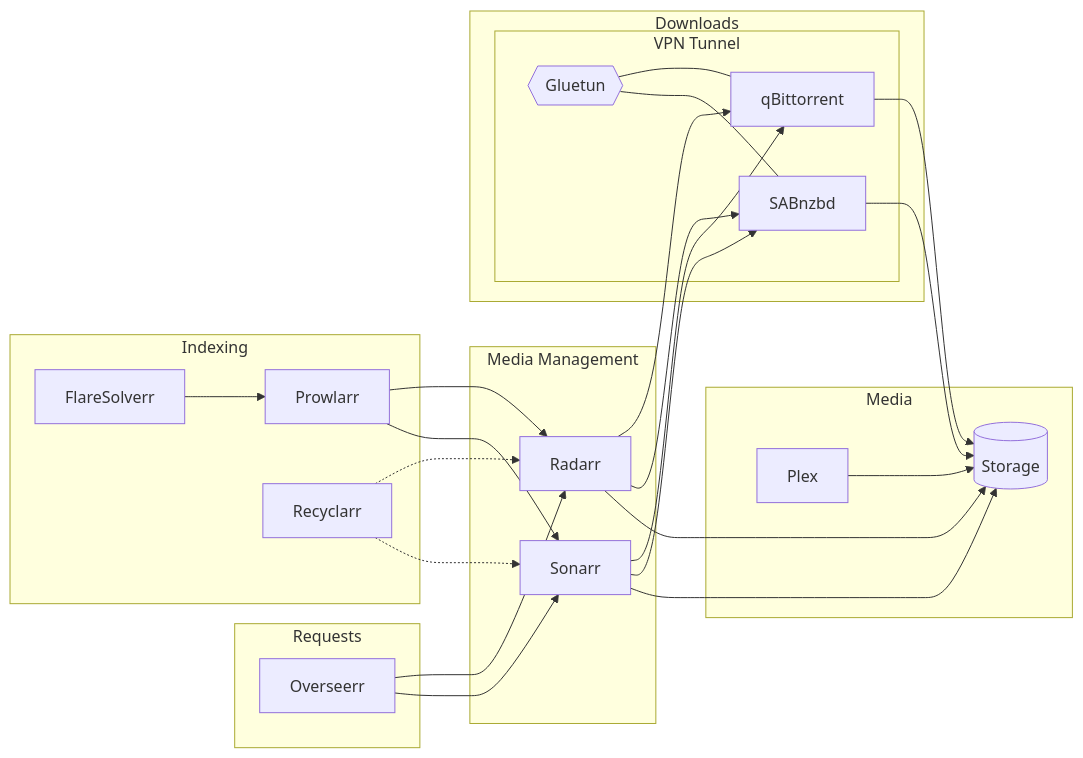
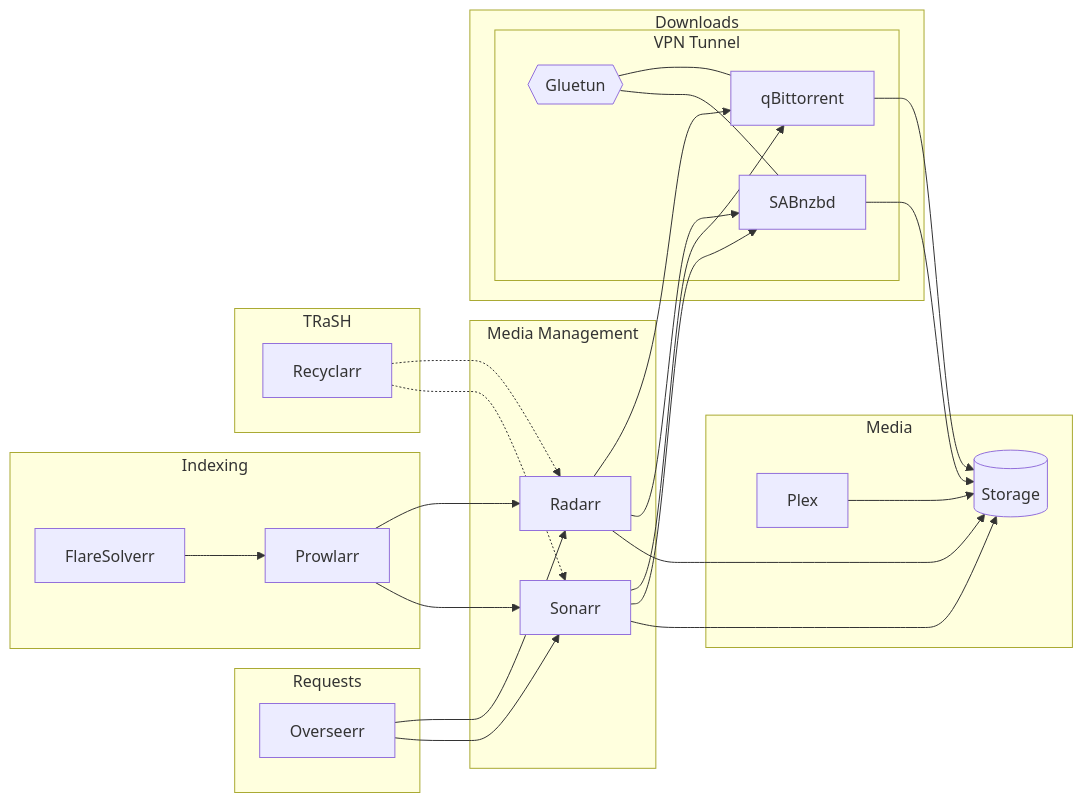
One commit to charmarr/charmarr changed the diagram in docs/index.md. Above: the diagram before and after it, drawn with Mermaid. The commit also changed other lines of this file and 17 other files, not shown here.

````diff
--- a/docs/index.md
+++ b/docs/index.md
@@ -5,40 +5,43 @@
 ```mermaid
 flowchart LR
     subgraph request["Requests"]
         overseerr[Overseerr]
     end
 
     subgraph indexing["Indexing"]
         flaresolverr[FlareSolverr]
         prowlarr[Prowlarr]
+    end
+
+    subgraph trash["TRaSH"]
         recyclarr[Recyclarr]
     end
 
     subgraph management["Media Management"]
         radarr[Radarr]
         sonarr[Sonarr]
     end
 
     subgraph download["Downloads"]
         subgraph vpn["VPN Tunnel"]
             gluetun{{Gluetun}}
             qbittorrent[qBittorrent]
             sabnzbd[SABnzbd]
         end
     end
 
     subgraph media["Media"]
         storage[(Storage)]
         plex[Plex]
     end
 
     overseerr --> radarr & sonarr
     flaresolverr --> prowlarr
     prowlarr --> radarr & sonarr
     recyclarr -.-> radarr & sonarr
     radarr & sonarr --> qbittorrent & sabnzbd
     gluetun --- qbittorrent & sabnzbd
     qbittorrent & sabnzbd --> storage
     radarr & sonarr --> storage
     plex --> storage
 ```
````
